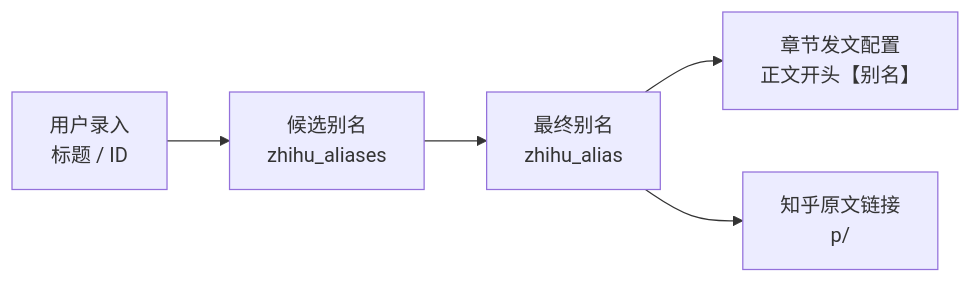
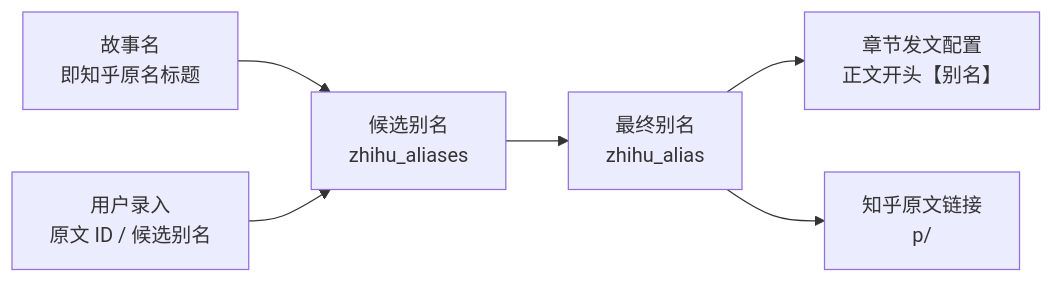
The diagram in .ai/blueprints/2026-10-24-zhihu-alias-and-post-config.md (guestccc/comic-workbench), drawn with Mermaid before and after one commit. The commit also changed other lines of this file and 14 other files, not shown here.

````diff
--- a/.ai/blueprints/2026-10-24-zhihu-alias-and-post-config.md
+++ b/.ai/blueprints/2026-10-24-zhihu-alias-and-post-config.md
@@ -27,7 +31,8 @@
 ```mermaid
 flowchart LR
-    U["用户录入<br/>标题 / ID"] --> A["候选别名<br/>zhihu_aliases"]
+    N["故事名<br/>即知乎原名标题"] --> A["候选别名<br/>zhihu_aliases"]
+    U["用户录入<br/>原文 ID / 候选别名"] --> A
     A --> F["最终别名<br/>zhihu_alias"]
     F --> P["章节发文配置<br/>正文开头【别名】"]
     F --> G["知乎原文链接<br/>p/<ID>"]
 ```
````
